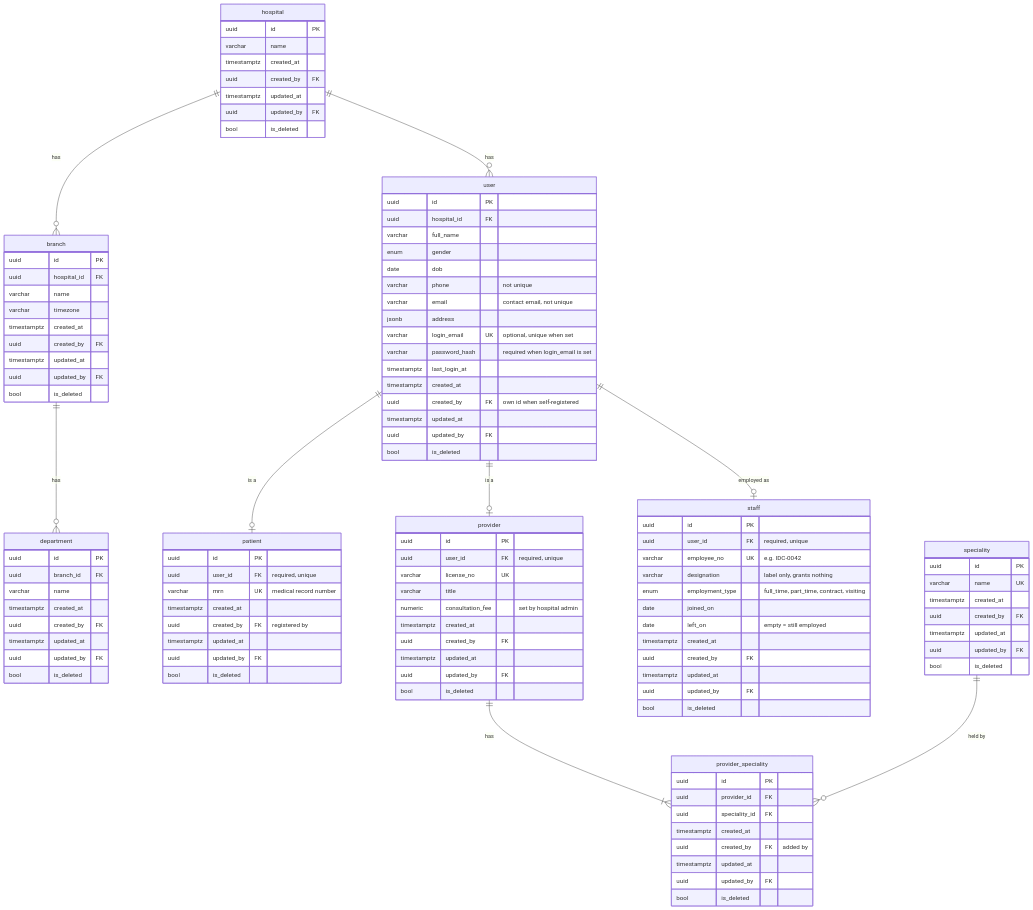
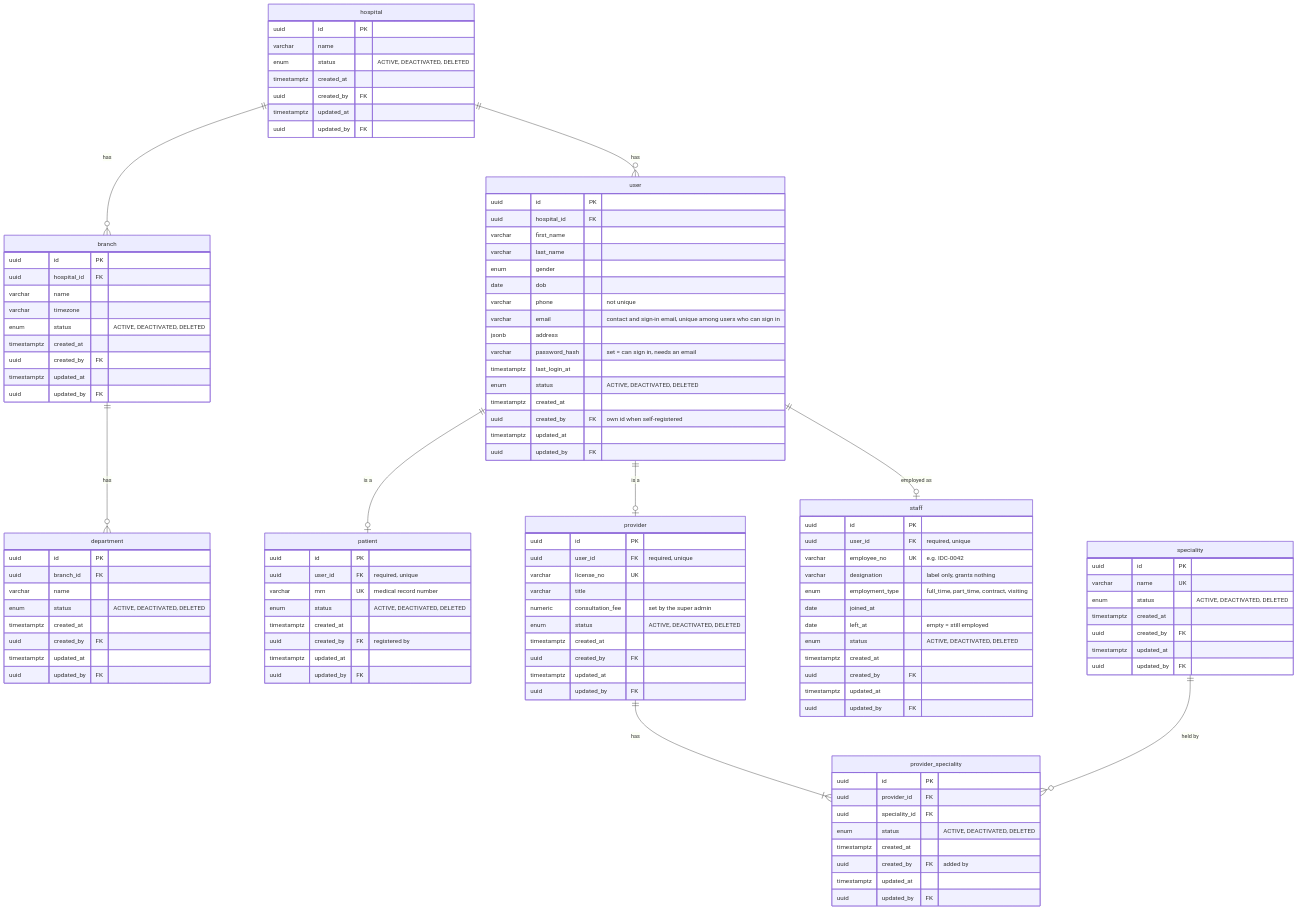
Before and after one commit to TalhaMunawar01/smart-health: the second of 5 diagrams in docs/erd.md, drawn with Mermaid. The commit also changed other lines of this file, not shown here.

````diff
--- a/docs/erd.md
+++ b/docs/erd.md
@@ -108,50 +114,50 @@
   hospital {
     uuid id PK
     varchar name
+    enum status "ACTIVE, DEACTIVATED, DELETED"
     timestamptz created_at
     uuid created_by FK
     timestamptz updated_at
     uuid updated_by FK
-    bool is_deleted
   }
   branch {
     uuid id PK
     uuid hospital_id FK
     varchar name
     varchar timezone
+    enum status "ACTIVE, DEACTIVATED, DELETED"
     timestamptz created_at
     uuid created_by FK
     timestamptz updated_at
     uuid updated_by FK
-    bool is_deleted
   }
   department {
     uuid id PK
     uuid branch_id FK
     varchar name
+    enum status "ACTIVE, DEACTIVATED, DELETED"
     timestamptz created_at
     uuid created_by FK
     timestamptz updated_at
     uuid updated_by FK
-    bool is_deleted
   }
   user {
     uuid id PK
     uuid hospital_id FK
-    varchar full_name
+    varchar first_name
+    varchar last_name
     enum gender
     date dob
     varchar phone "not unique"
-    varchar email "contact email, not unique"
+    varchar email "contact and sign-in email, unique among users who can sign in"
     jsonb address
-    varchar login_email UK "optional, unique when set"
-    varchar password_hash "required when login_email is set"
+    varchar password_hash "set = can sign in, needs an email"
     timestamptz last_login_at
+    enum status "ACTIVE, DEACTIVATED, DELETED"
     timestamptz created_at
     uuid created_by FK "own id when self-registered"
     timestamptz updated_at
     uuid updated_by FK
-    bool is_deleted
   }
   staff {
     uuid id PK
@@ -159,53 +165,53 @@
     varchar employee_no UK "e.g. IDC-0042"
     varchar designation "label only, grants nothing"
     enum employment_type "full_time, part_time, contract, visiting"
-    date joined_on
-    date left_on "empty = still employed"
+    date joined_at
+    date left_at "empty = still employed"
+    enum status "ACTIVE, DEACTIVATED, DELETED"
     timestamptz created_at
     uuid created_by FK
     timestamptz updated_at
     uuid updated_by FK
-    bool is_deleted
   }
   patient {
     uuid id PK
     uuid user_id FK "required, unique"
     varchar mrn UK "medical record number"
+    enum status "ACTIVE, DEACTIVATED, DELETED"
     timestamptz created_at
     uuid created_by FK "registered by"
     timestamptz updated_at
     uuid updated_by FK
-    bool is_deleted
   }
   provider {
     uuid id PK
     uuid user_id FK "required, unique"
     varchar license_no UK
     varchar title
-    numeric consultation_fee "set by hospital admin"
+    numeric consultation_fee "set by the super admin"
+    enum status "ACTIVE, DEACTIVATED, DELETED"
     timestamptz created_at
     uuid created_by FK
     timestamptz updated_at
     uuid updated_by FK
-    bool is_deleted
   }
   speciality {
     uuid id PK
     varchar name UK
+    enum status "ACTIVE, DEACTIVATED, DELETED"
     timestamptz created_at
     uuid created_by FK
     timestamptz updated_at
     uuid updated_by FK
-    bool is_deleted
   }
   provider_speciality {
     uuid id PK
     uuid provider_id FK
     uuid speciality_id FK
+    enum status "ACTIVE, DEACTIVATED, DELETED"
     timestamptz created_at
     uuid created_by FK "added by"
     timestamptz updated_at
     uuid updated_by FK
-    bool is_deleted
   }
 ```
````
